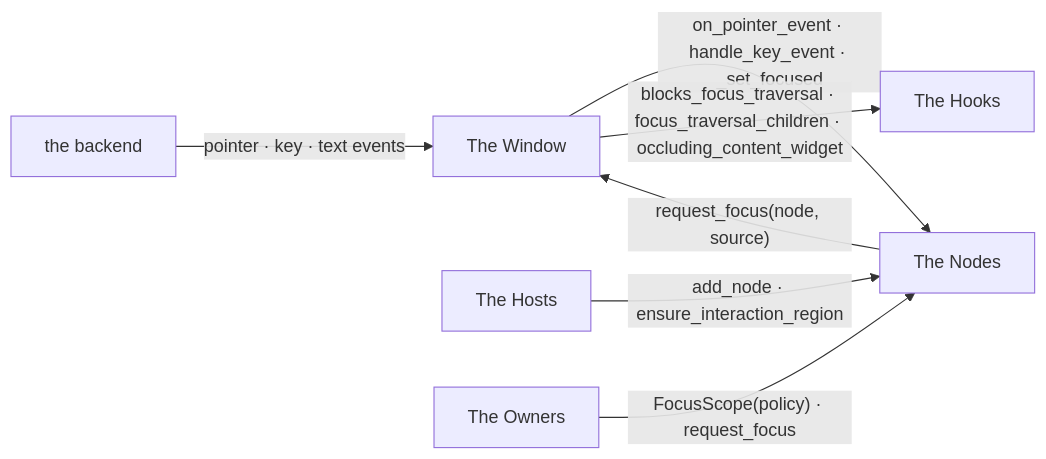
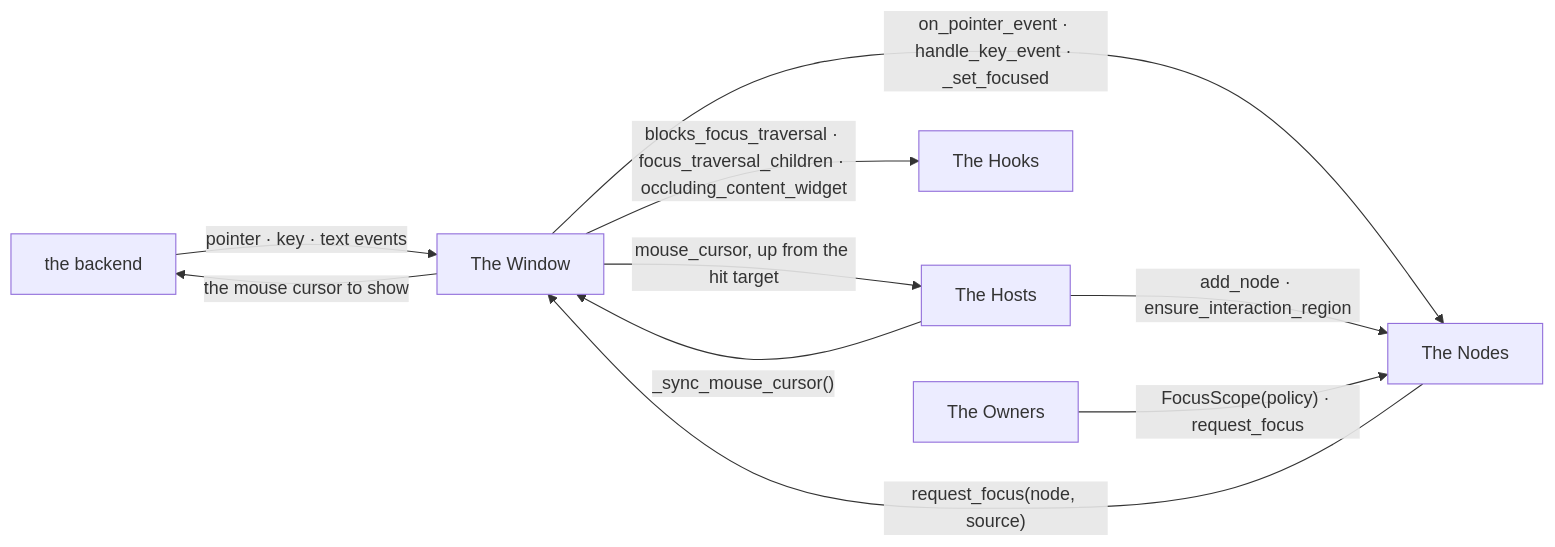
One commit to yuksblog/nuiitivet changed the first of 10 diagrams in docs/design/INTERACTION_ARCHITECTURE.md. Above: the diagram before and after it, drawn with Mermaid. The commit also changed other lines of this file and 28 other files, not shown here.

First line of the commit message:
feat(interaction): widgets show a mouse cursor by role, cursor() sets one

````diff
--- a/docs/design/INTERACTION_ARCHITECTURE.md
+++ b/docs/design/INTERACTION_ARCHITECTURE.md
@@ -14,16 +14,19 @@
 ```mermaid
 flowchart LR
     backend[the backend]
     window[The Window]
     nodes[The Nodes]
     hosts[The Hosts]
     hooks[The Hooks]
     owners[The Owners]
 
     backend -- "pointer · key · text events" --> window
+    window -- "the mouse cursor to show" --> backend
     window -- "on_pointer_event · handle_key_event · _set_focused" --> nodes
+    window -- "mouse_cursor, up from the hit target" --> hosts
     window -- "blocks_focus_traversal · focus_traversal_children · occluding_content_widget" --> hooks
     hosts -- "add_node · ensure_interaction_region" --> nodes
     owners -- "FocusScope(policy) · request_focus" --> nodes
     nodes -- "request_focus(node, source)" --> window
+    hosts -- "_sync_mouse_cursor()" --> window
 ```
````
